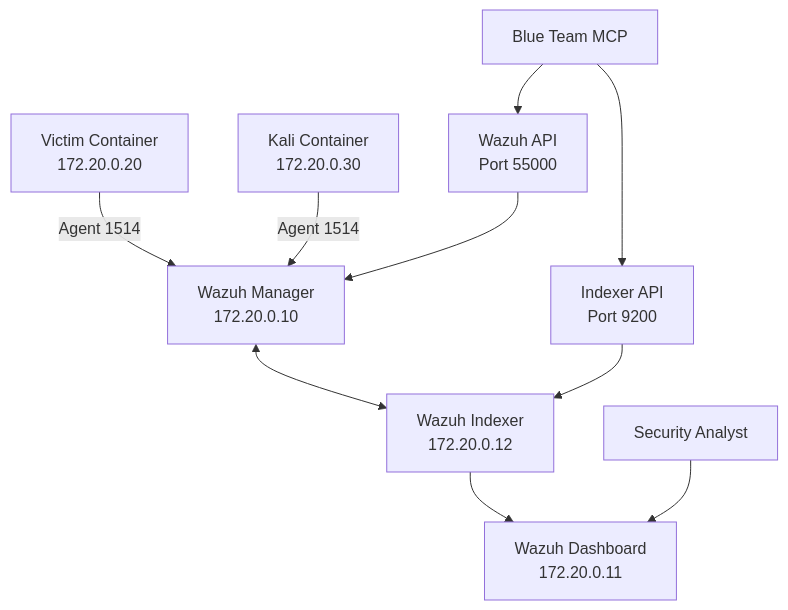
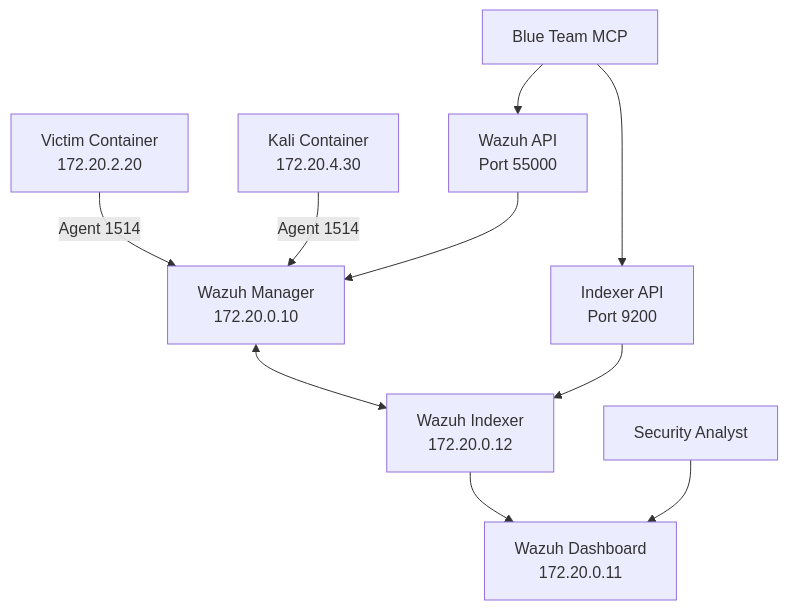
The diagram in docs/components/wazuh-siem.md (Brad-Edwards/aptl), drawn with Mermaid before and after one commit. The commit also changed other lines of this file and 13 other files, not shown here.

Commit message:
Update all documentation to reflect new architecture. Closes #81

````diff
--- a/docs/components/wazuh-siem.md
+++ b/docs/components/wazuh-siem.md
@@ -13,15 +13,15 @@
 ```mermaid
 flowchart TD
-    J[Victim Container<br/>172.20.0.20] --> |Agent 1514| G[Wazuh Manager<br/>172.20.0.10]
-    L[Kali Container<br/>172.20.0.30] --> |Agent 1514| G
+    J[Victim Container<br/>172.20.2.20] --> |Agent 1514| G[Wazuh Manager<br/>172.20.0.10]
+    L[Kali Container<br/>172.20.4.30] --> |Agent 1514| G
 
     G <--> H[Wazuh Indexer<br/>172.20.0.12]
     H --> I[Wazuh Dashboard<br/>172.20.0.11]
 
     B[Blue Team MCP] --> E[Wazuh API<br/>Port 55000]
     B --> F[Indexer API<br/>Port 9200]
     E --> G
     F --> H
 
     M[Security Analyst] --> I
 ```
````
